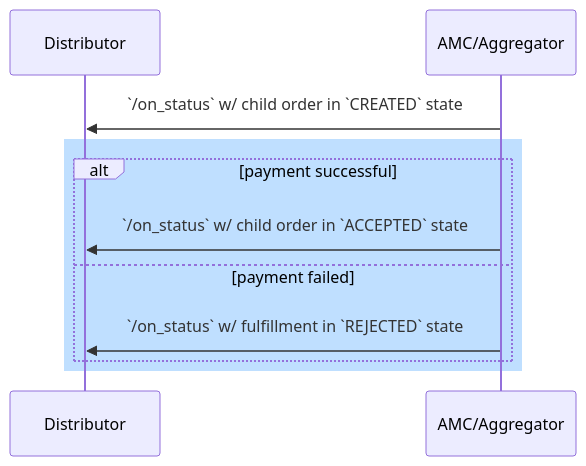
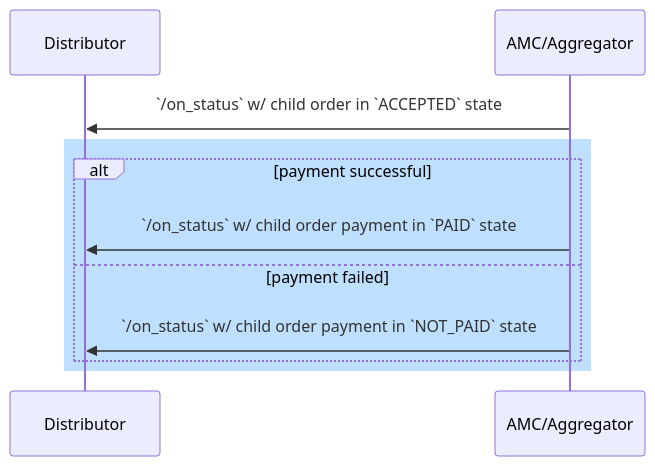
The second of 3 diagrams in api/components/docs/stage-fulfillment.md (ONDC-Official/ONDC-FIS-Specifications), drawn with Mermaid before and after one commit. The commit also changed 31 other files, not shown here.

Commit message:
moving payment to pre fulfillment

````diff
--- a/api/components/docs/stage-fulfillment.md
+++ b/api/components/docs/stage-fulfillment.md
@@ -21,14 +21,14 @@
 ```mermaid
 sequenceDiagram
     participant bap AS Distributor
     participant bpp AS AMC/Aggregator
-    bpp ->> bap: `/on_status` w/ child order in `CREATED` state
+    bpp ->> bap: `/on_status` w/ child order in `ACCEPTED` state
 
     rect rgb(191, 223, 255)
     alt payment successful
-        bpp ->> bap: `/on_status` w/ child order in `ACCEPTED` state
+        bpp ->> bap: `/on_status` w/ child order payment in `PAID` state
     else payment failed
-        bpp ->> bap: `/on_status` w/ fulfillment in `REJECTED` state
+        bpp ->> bap: `/on_status` w/ child order payment in `NOT_PAID` state
     end
     end
 ```
````
